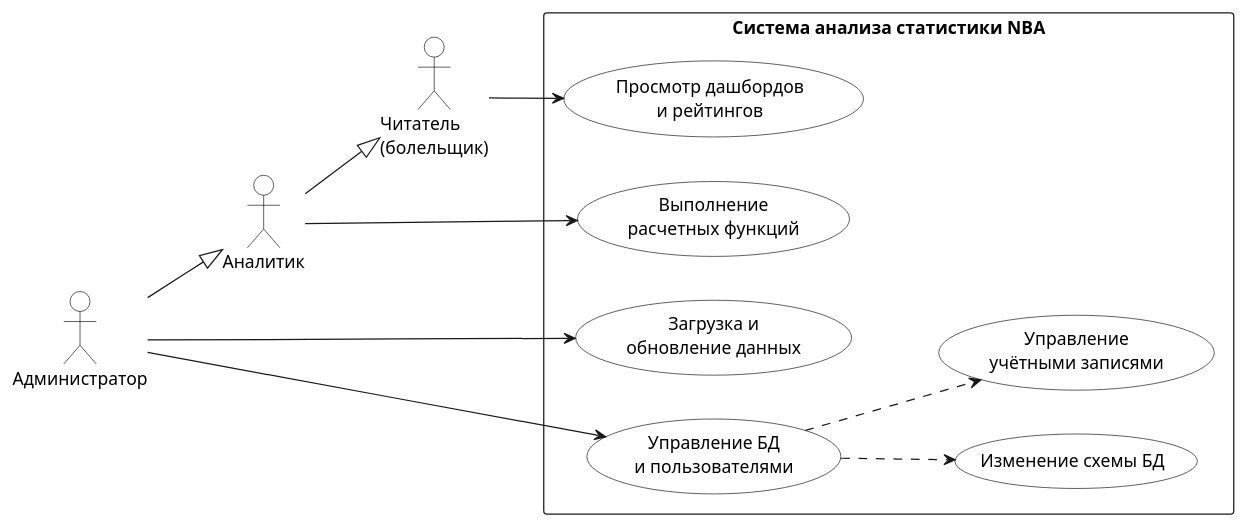
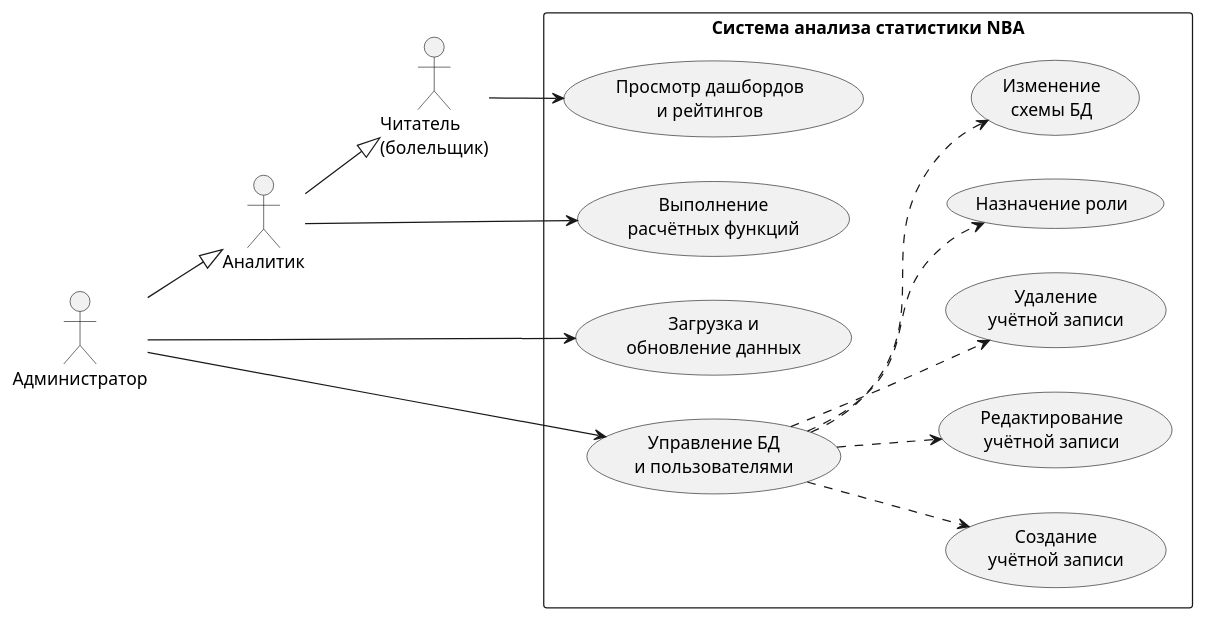
Before and after one commit to uBaxa0IQ/BD_Coursework: the diagram in img/usecase.puml, drawn with PlantUML. The commit also changed 13 other files, not shown here.

```diff
--- a/img/usecase.puml
+++ b/img/usecase.puml
@@ -1,36 +1,38 @@
 @startuml
 left to right direction
+skinparam monochrome true
+skinparam shadowing false
 skinparam packageStyle rectangle
-skinparam usecase {
-  BackgroundColor White
-  BorderColor Black
-}
-skinparam actor {
-  BackgroundColor White
-  BorderColor Black
-}
+skinparam defaultFontName Arial
 
-actor "Читатель\n(болельщик)" as reader
-actor "Аналитик" as analyst
-actor "Администратор" as admin
+actor "Читатель\n(болельщик)" as Reader
+actor "Аналитик" as Analyst
+actor "Администратор" as Admin
 
-admin --|> analyst
-analyst --|> reader
+Admin --|> Analyst
+Analyst --|> Reader
 
 rectangle "Система анализа статистики NBA" {
   usecase "Просмотр дашбордов\nи рейтингов" as UC1
-  usecase "Выполнение\nрасчетных функций" as UC2
+  usecase "Выполнение\nрасчётных функций" as UC2
   usecase "Загрузка и\nобновление данных" as UC3
   usecase "Управление БД\nи пользователями" as UC4
-  usecase "Изменение схемы БД" as UC4a
-  usecase "Управление\nучётными записями" as UC4b
+
+  usecase "Создание\nучётной записи" as O1
+  usecase "Редактирование\nучётной записи" as O2
+  usecase "Удаление\nучётной записи" as O3
+  usecase "Назначение роли" as O4
+  usecase "Изменение\nсхемы БД" as O5
 }
 
-reader --> UC1
-analyst --> UC2
-admin --> UC3
-admin --> UC4
+Reader --> UC1
+Analyst --> UC2
+Admin --> UC3
+Admin --> UC4
 
-UC4 ..> UC4a
-UC4 ..> UC4b
+UC4 ..> O1
+UC4 ..> O2
+UC4 ..> O3
+UC4 ..> O4
+UC4 ..> O5
 @enduml
```
